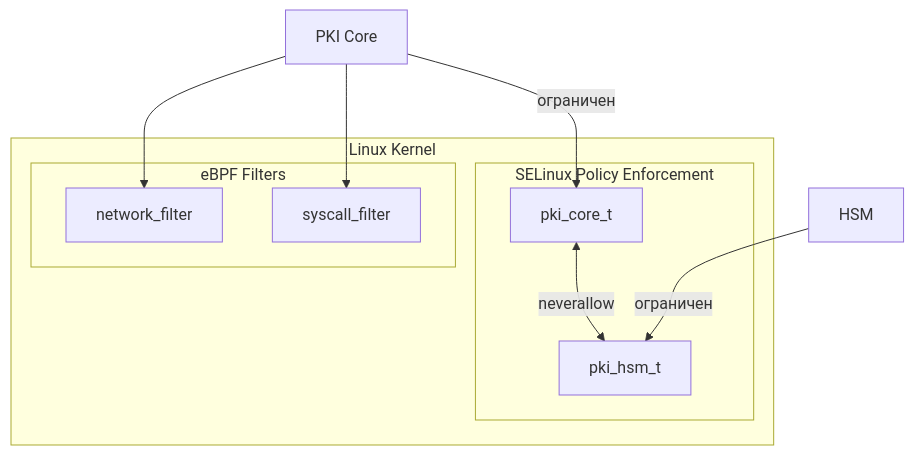
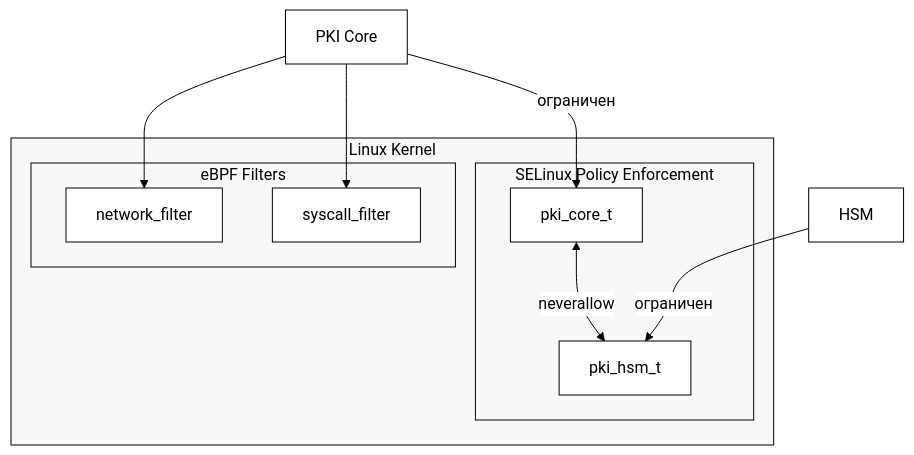
The second of 2 diagrams in README.md (vasilievsv/hw.pki-on-box), drawn with Mermaid before and after one commit. The commit also changed other lines of this file, not shown here.

Commit message:
docs: mermaid b&w theme + node alignment

````diff
--- a/README.md
+++ b/README.md
@@ -251,19 +253,20 @@
 ```mermaid
+%%{init: {'theme': 'base', 'themeVariables': {'primaryColor': '#ffffff', 'primaryTextColor': '#000000', 'primaryBorderColor': '#000000', 'lineColor': '#000000', 'secondaryColor': '#f0f0f0', 'tertiaryColor': '#ffffff', 'background': '#ffffff', 'mainBkg': '#ffffff', 'nodeBorder': '#000000', 'clusterBkg': '#f8f8f8', 'clusterBorder': '#000000', 'titleColor': '#000000', 'edgeLabelBackground': '#ffffff'}}}%%
 graph TB
     subgraph KERNEL["Linux Kernel"]
         subgraph SELINUX["SELinux Policy Enforcement"]
             PKI_CTX["pki_core_t"]
             HSM_CTX["pki_hsm_t"]
         end
         subgraph EBPF["eBPF Filters"]
             NET["network_filter"]
             SYS["syscall_filter"]
         end
     end
 
     PKI[PKI Core] -->|ограничен| PKI_CTX
     HSM[HSM] -->|ограничен| HSM_CTX
     PKI_CTX <-->|neverallow| HSM_CTX
     PKI --> NET
     PKI --> SYS
 ```
````
